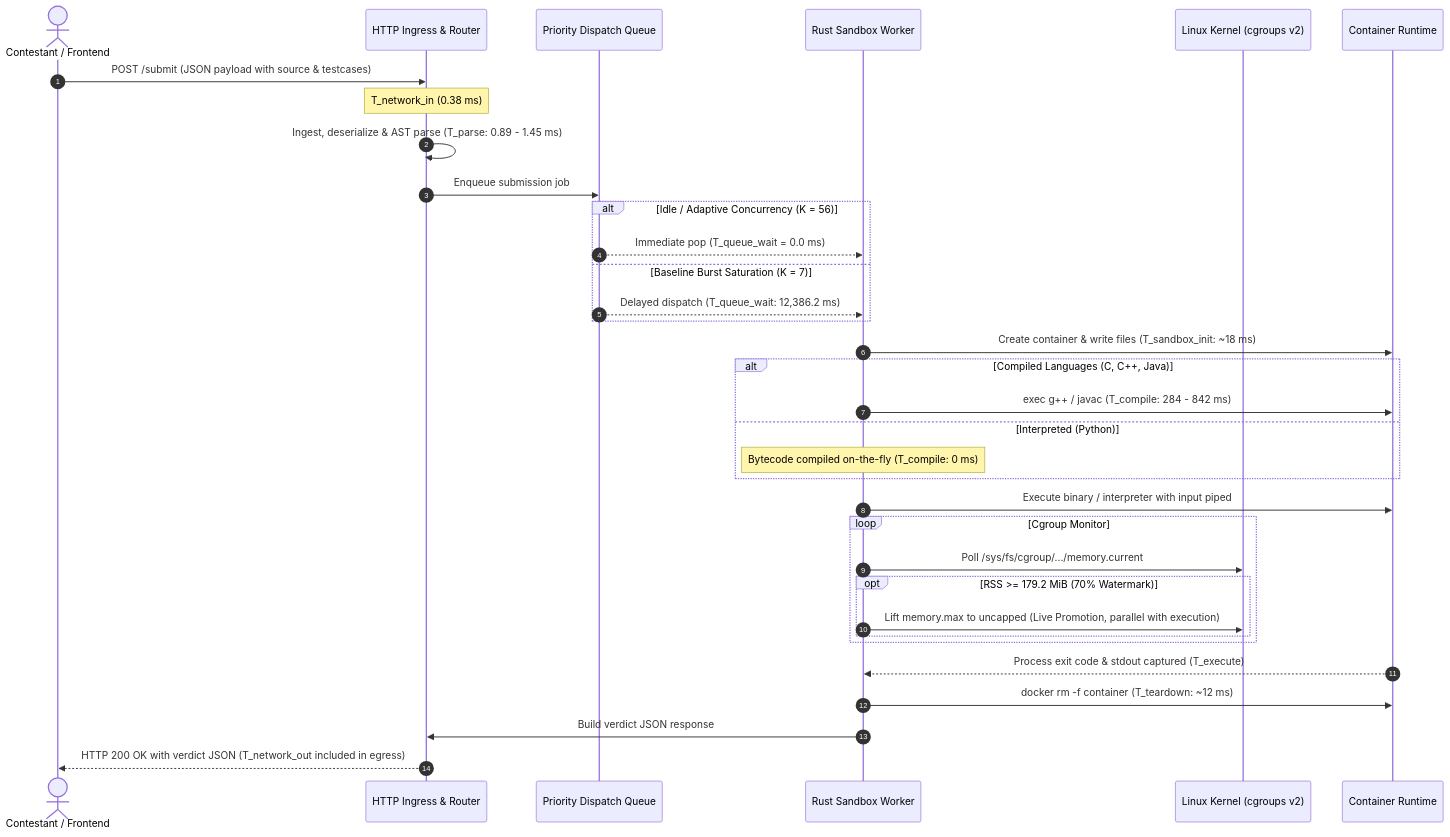
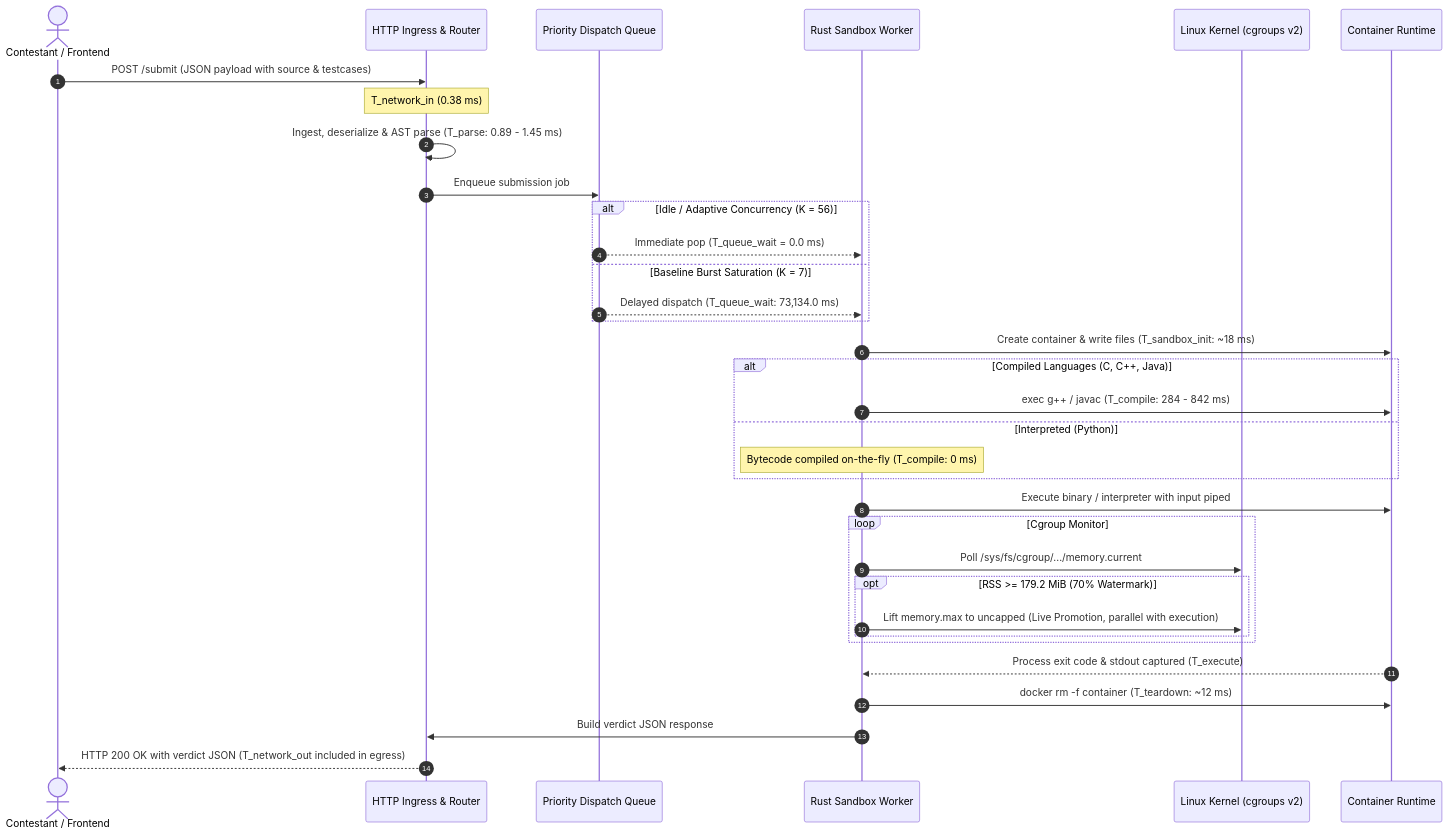
One commit to Dhanush-M-1/RAAS-OCJS-1 changed the second of 2 diagrams in docs/CONFERENCE_EVALUATION_REPORT.md. Above: the diagram before and after it, drawn with Mermaid. The commit also changed other lines of this file and 1 other file, not shown here.

````diff
--- a/docs/CONFERENCE_EVALUATION_REPORT.md
+++ b/docs/CONFERENCE_EVALUATION_REPORT.md
@@ -351,42 +351,42 @@
 ```mermaid
 sequenceDiagram
     autonumber
     actor Client as Contestant / Frontend
     participant Gateway as HTTP Ingress & Router
     participant Queue as Priority Dispatch Queue
     participant Worker as Rust Sandbox Worker
     participant Kernel as Linux Kernel (cgroups v2)
     participant Docker as Container Runtime
 
     Client->>Gateway: POST /submit (JSON payload with source & testcases)
     Note over Gateway: T_network_in (0.38 ms)
     Gateway->>Gateway: Ingest, deserialize & AST parse (T_parse: 0.89 - 1.45 ms)
     Gateway->>Queue: Enqueue submission job
     
     alt Idle / Adaptive Concurrency (K = 56)
         Queue-->>Worker: Immediate pop (T_queue_wait = 0.0 ms)
     else Baseline Burst Saturation (K = 7)
-        Queue-->>Worker: Delayed dispatch (T_queue_wait: 12,386.2 ms)
+        Queue-->>Worker: Delayed dispatch (T_queue_wait: 73,134.0 ms)
     end
 
     Worker->>Docker: Create container & write files (T_sandbox_init: ~18 ms)
     
     alt Compiled Languages (C, C++, Java)
         Worker->>Docker: exec g++ / javac (T_compile: 284 - 842 ms)
     else Interpreted (Python)
         Note over Worker: Bytecode compiled on-the-fly (T_compile: 0 ms)
     end
 
     Worker->>Docker: Execute binary / interpreter with input piped
     loop Cgroup Monitor
         Worker->>Kernel: Poll /sys/fs/cgroup/.../memory.current
         opt RSS >= 179.2 MiB (70% Watermark)
             Worker->>Kernel: Lift memory.max to uncapped (Live Promotion, parallel with execution)
         end
     end
     Docker-->>Worker: Process exit code & stdout captured (T_execute)
     
     Worker->>Docker: docker rm -f container (T_teardown: ~12 ms)
     Worker->>Gateway: Build verdict JSON response
     Gateway-->>Client: HTTP 200 OK with verdict JSON (T_network_out included in egress)
 ```
````
